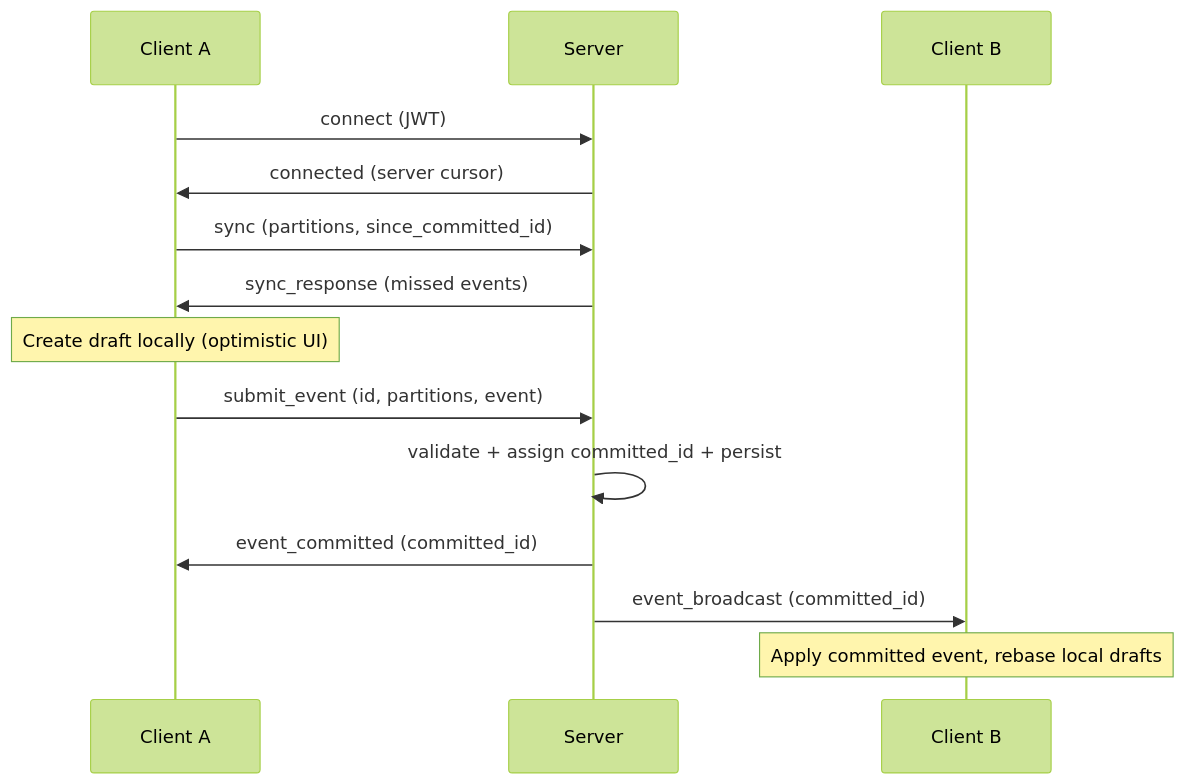
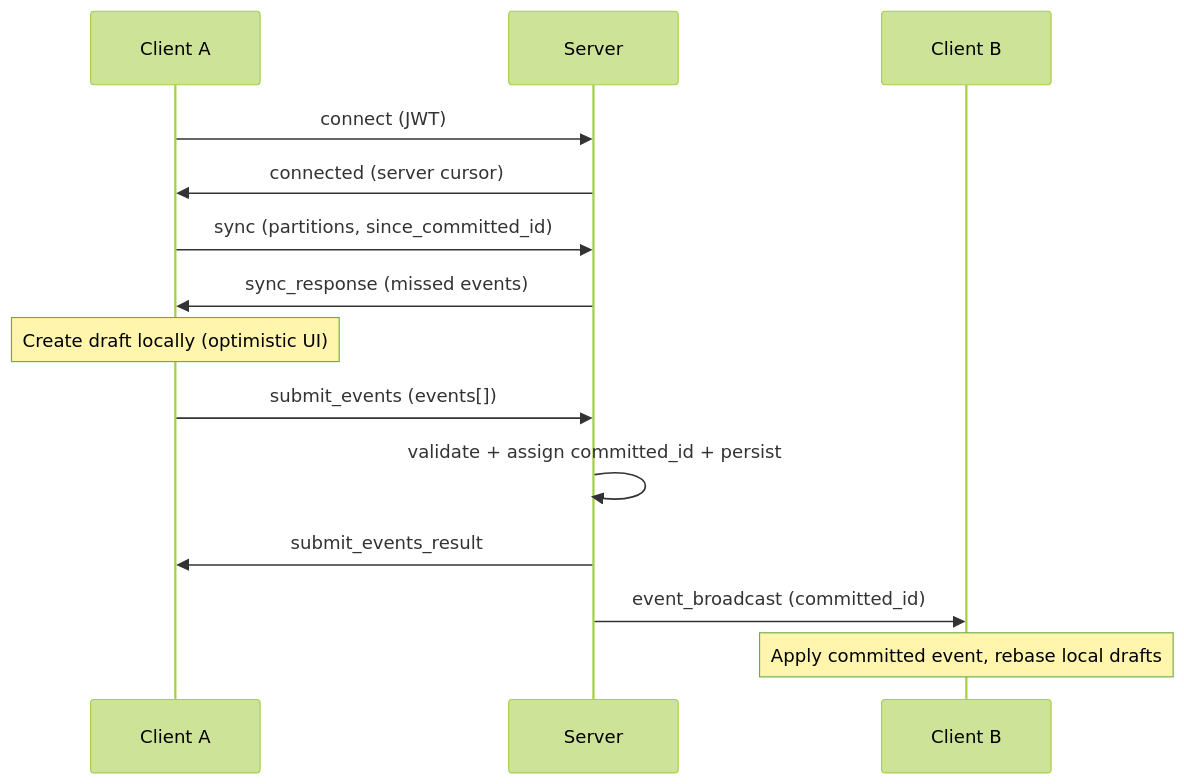
Before and after one commit to yuusoft-org/insieme: the diagram in docs/overview.md, drawn with Mermaid (forest theme). The commit also changed other lines of this file and 29 other files, not shown here.

Commit message:
docs: unify protocol submit flow and consolidate spec docs

````diff
--- a/docs/overview.md
+++ b/docs/overview.md
@@ -17,19 +20,19 @@
 ```mermaid
 sequenceDiagram
     participant C1 as Client A
     participant S as Server
     participant C2 as Client B
 
     C1->>S: connect (JWT)
     S->>C1: connected (server cursor)
     C1->>S: sync (partitions, since_committed_id)
     S->>C1: sync_response (missed events)
 
     Note over C1: Create draft locally (optimistic UI)
-    C1->>S: submit_event (id, partitions, event)
+    C1->>S: submit_events (events[])
     S->>S: validate + assign committed_id + persist
-    S->>C1: event_committed (committed_id)
+    S->>C1: submit_events_result
     S->>C2: event_broadcast (committed_id)
 
     Note over C2: Apply committed event, rebase local drafts
 ```
````
